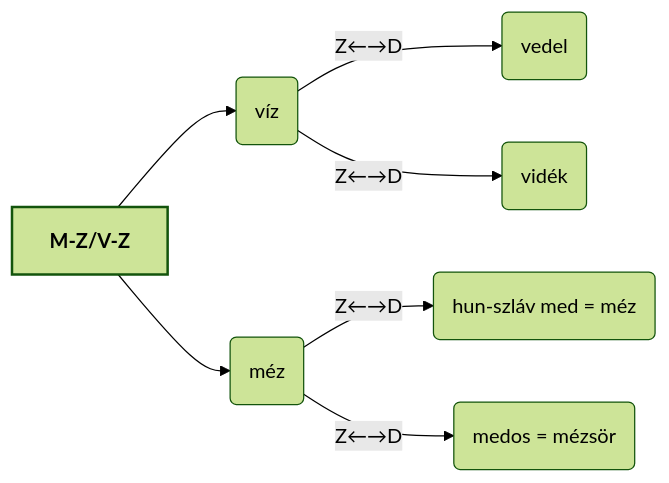
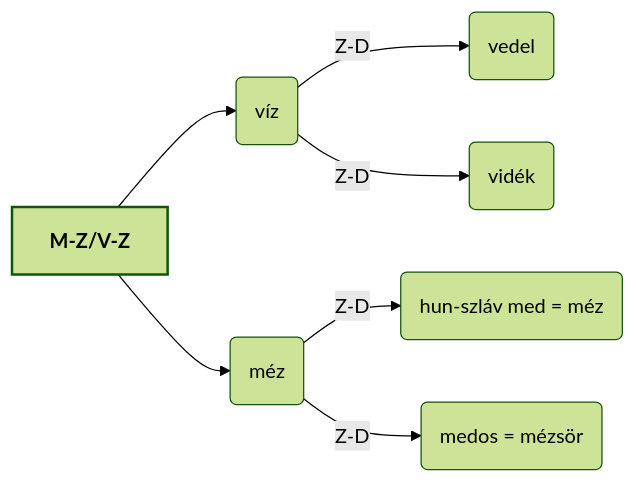
Before and after one commit to zanodor/TUDDASSTTARR: the fifth of 11 diagrams in src/site/notes/B/Balk.md, drawn with Mermaid (forest theme). The commit also changed other lines of this file, not shown here.

````diff
--- a/src/site/notes/B/Balk.md
+++ b/src/site/notes/B/Balk.md
@@ -48,7 +65,14 @@
 ```mermaid
 flowchart LR
-head[<b>M-Z/V-Z</b>] --> lvl2_a("víz") & lvl2_b("méz")
-lvl2_a -- Z←→D -->  lvl3_a("vedel") & lvl3_b("vidék")
-lvl2_b -- Z←→D -->  lvl3_c("hun-szláv med = méz") & lvl3_d("medos = mézsör")
+head[<b>M-Z/V-Z</b>]
+lvl2_a("víz")
+lvl2_b("méz")
+lvl3_a("vedel")
+lvl3_b("vidék")
+lvl3_c("hun-szláv med = méz")
+lvl3_d("medos = mézsör")
+head --> lvl2_a & lvl2_b
+lvl2_a -- "Z-D" -->  lvl3_a & lvl3_b
+lvl2_b -- "Z-D" -->  lvl3_c & lvl3_d
 style head stroke-width:2px,stroke-dasharray: 0
 ```
````
